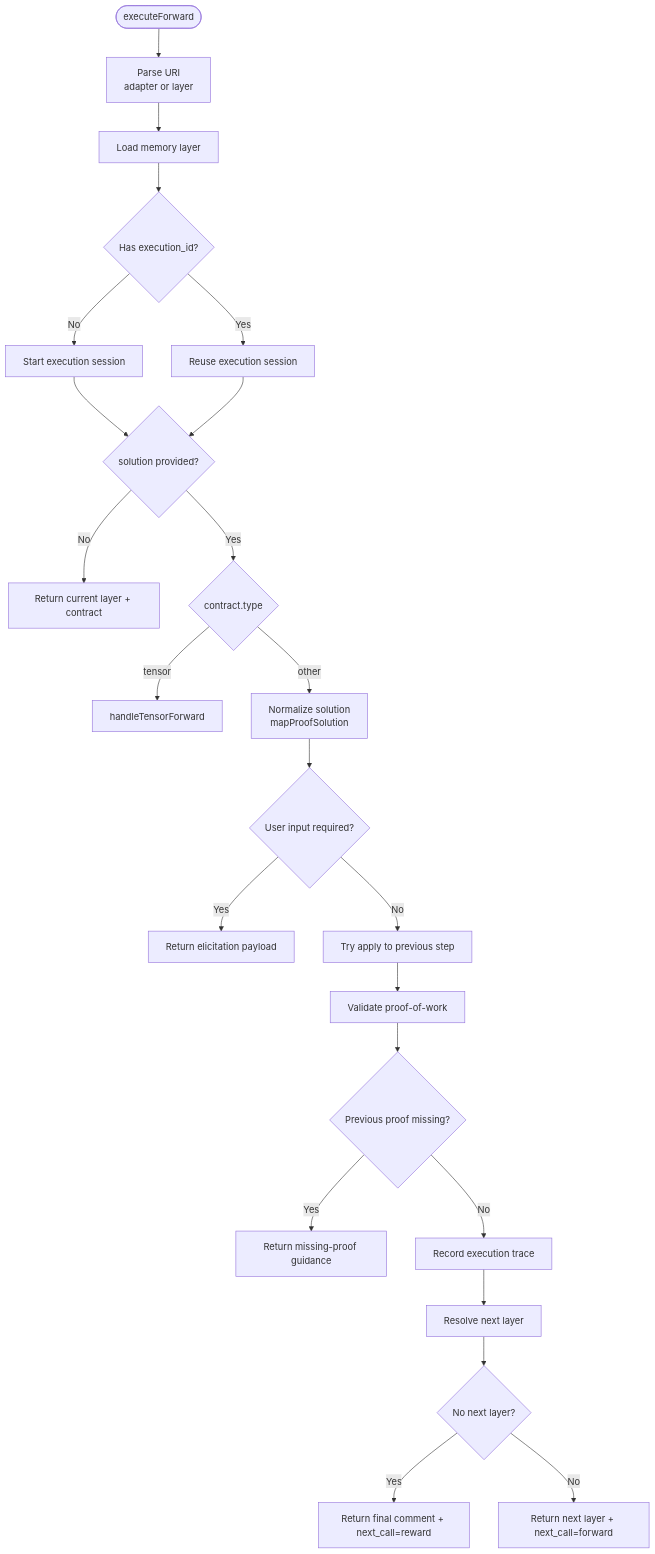
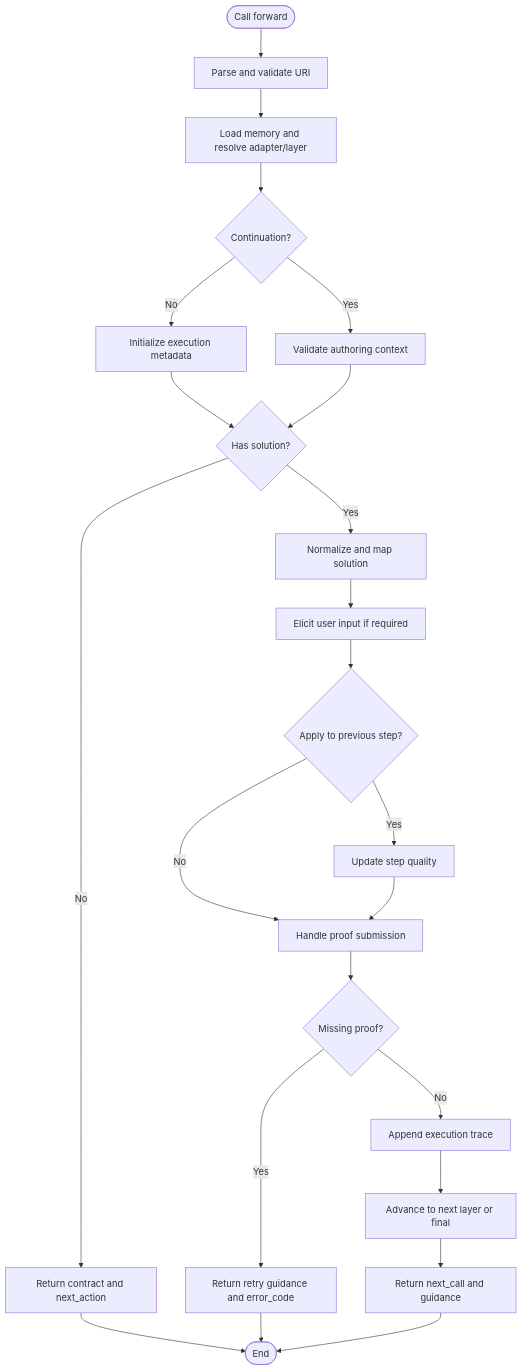
One commit to SquadRules/mcp changed the fourth of 4 diagrams in .qoder/repowiki/en/content/MCP Tools Reference/Forward Tool.md. Above: the diagram before and after it, drawn with Mermaid. The commit also changed other lines of this file and 553 other files, not shown here.

````diff
--- a/.qoder/repowiki/en/content/MCP Tools Reference/Forward Tool.md
+++ b/.qoder/repowiki/en/content/MCP Tools Reference/Forward Tool.md
@@ -166,25 +366,25 @@
 ```mermaid
 flowchart TD
-Start(["executeForward"]) --> ParseUri["Parse URI<br/>adapter or layer"]
-ParseUri --> LoadMemory["Load memory layer"]
-LoadMemory --> Session{"Has execution_id?"}
-Session --> |No| StartSession["Start execution session"]
-Session --> |Yes| ContinueSession["Reuse execution session"]
-StartSession --> NoSolution{"solution provided?"}
-ContinueSession --> NoSolution
-NoSolution --> |No| ReturnContract["Return current layer + contract"]
-NoSolution --> |Yes| ContractType{"contract.type"}
-ContractType --> |tensor| HandleTensor["handleTensorForward"]
-ContractType --> |other| Normalize["Normalize solution<br/>mapProofSolution"]
-Normalize --> Elicit{"User input required?"}
-Elicit --> |Yes| ReturnElicit["Return elicitation payload"]
-Elicit --> |No| PreviousApply["Try apply to previous step"]
-PreviousApply --> ProofCheck["Validate proof-of-work"]
-ProofCheck --> MissingPrev{"Previous proof missing?"}
-MissingPrev --> |Yes| ReturnMissing["Return missing-proof guidance"]
-MissingPrev --> |No| RecordTrace["Record execution trace"]
-RecordTrace --> NextStep["Resolve next layer"]
-NextStep --> Final{"No next layer?"}
-Final --> |Yes| ReturnFinal["Return final comment + next_call=reward"]
-Final --> |No| ReturnNext["Return next layer + next_call=forward"]
+Start(["Call forward"]) --> ParseURI["Parse and validate URI"]
+ParseURI --> LoadMemory["Load memory and resolve adapter/layer"]
+LoadMemory --> CheckContinuation{"Continuation?"}
+CheckContinuation --> |No| InitExecution["Initialize execution metadata"]
+CheckContinuation --> |Yes| ValidateAuthoring["Validate authoring context"]
+InitExecution --> HasSolution{"Has solution?"}
+ValidateAuthoring --> HasSolution
+HasSolution --> |No| ReturnContract["Return contract and next_action"]
+HasSolution --> |Yes| NormalizeSolution["Normalize and map solution"]
+NormalizeSolution --> ElicitUserInput["Elicit user input if required"]
+ElicitUserInput --> ApplyPrevious{"Apply to previous step?"}
+ApplyPrevious --> |Yes| RecordQuality["Update step quality"]
+ApplyPrevious --> |No| HandleProof["Handle proof submission"]
+RecordQuality --> HandleProof
+HandleProof --> MissingProof{"Missing proof?"}
+MissingProof --> |Yes| ReturnRetry["Return retry guidance and error_code"]
+MissingProof --> |No| AppendTrace["Append execution trace"]
+AppendTrace --> Advance["Advance to next layer or final"]
+Advance --> ReturnNext["Return next_call and guidance"]
+ReturnContract --> End(["End"])
+ReturnRetry --> End
+ReturnNext --> End
 ```
````
